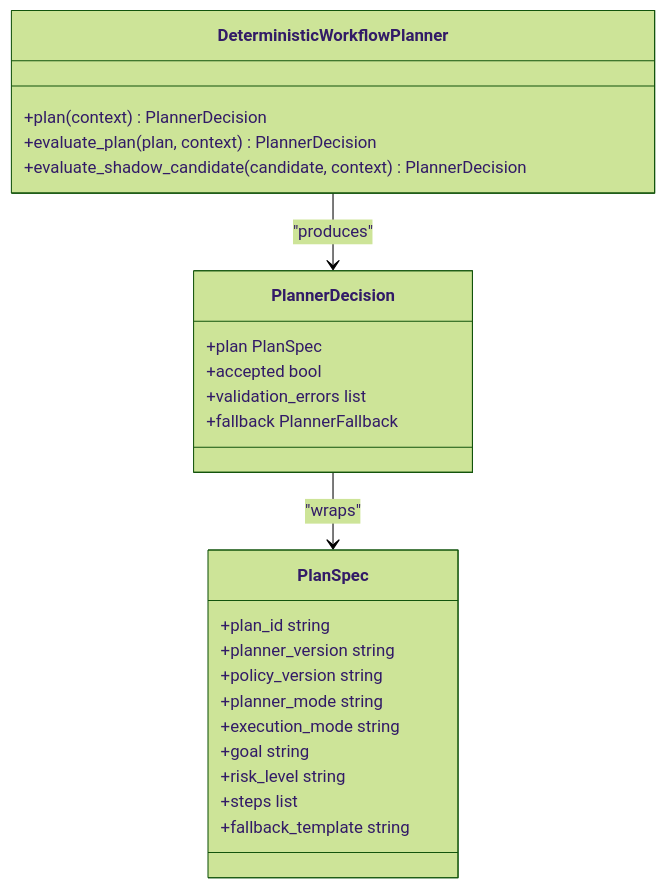
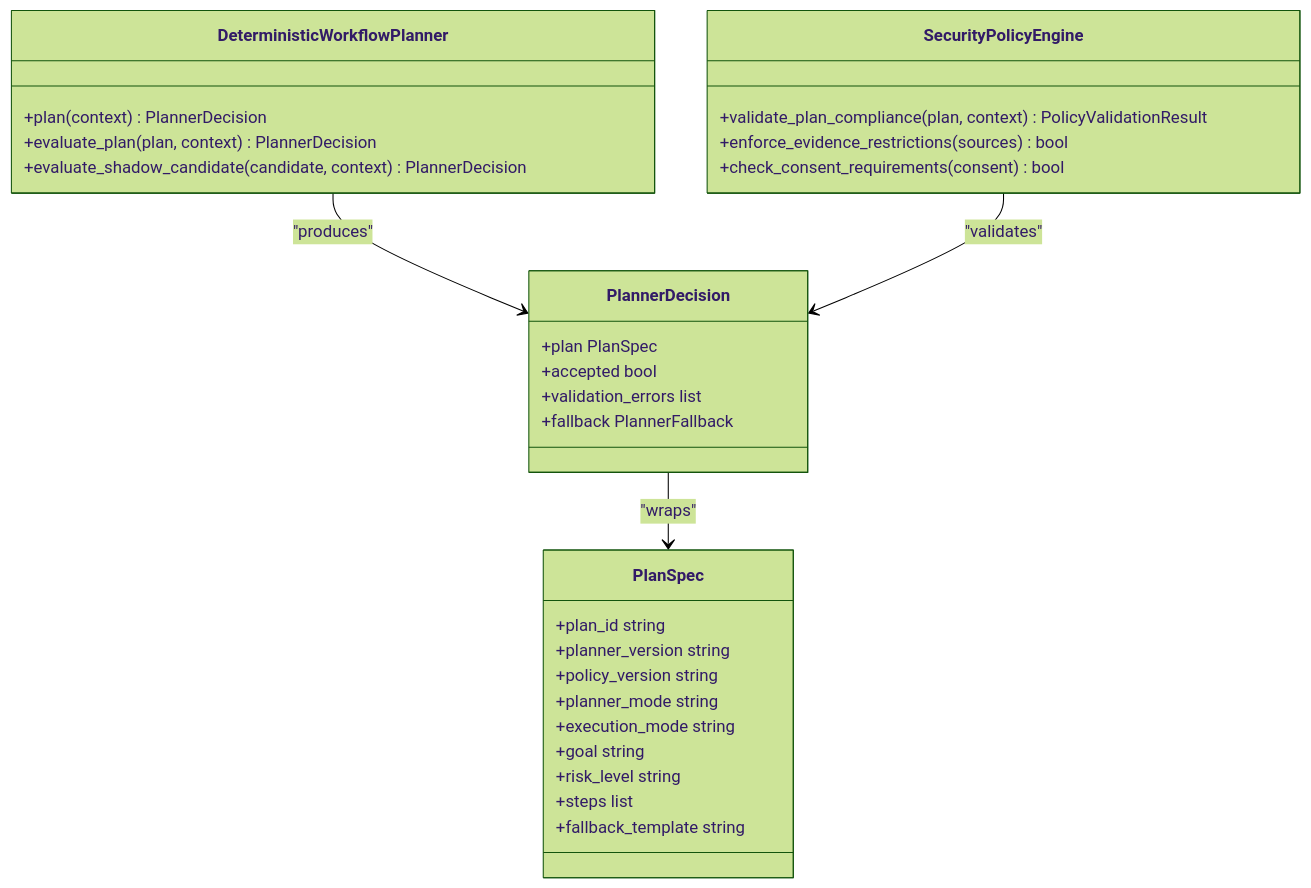
The eighth of 12 diagrams in .qoder/repowiki/en/content/Project Overview/Project Overview.md (intellistream/sage-mate), drawn with Mermaid (forest theme) before and after one commit. The commit also changed other lines of this file and 101 other files, not shown here.

````diff
--- a/.qoder/repowiki/en/content/Project Overview/Project Overview.md
+++ b/.qoder/repowiki/en/content/Project Overview/Project Overview.md
@@ -359,27 +569,33 @@
 ```mermaid
 classDiagram
 class DeterministicWorkflowPlanner {
 +plan(context) PlannerDecision
 +evaluate_plan(plan, context) PlannerDecision
 +evaluate_shadow_candidate(candidate, context) PlannerDecision
+}
+class SecurityPolicyEngine {
++validate_plan_compliance(plan, context) PolicyValidationResult
++enforce_evidence_restrictions(sources) bool
++check_consent_requirements(consent) bool
 }
 class PlannerDecision {
 +plan PlanSpec
 +accepted bool
 +validation_errors list
 +fallback PlannerFallback
 }
 class PlanSpec {
 +plan_id string
 +planner_version string
 +policy_version string
 +planner_mode string
 +execution_mode string
 +goal string
 +risk_level string
 +steps list
 +fallback_template string
 }
 DeterministicWorkflowPlanner --> PlannerDecision : "produces"
+SecurityPolicyEngine --> PlannerDecision : "validates"
 PlannerDecision --> PlanSpec : "wraps"
 ```
````
